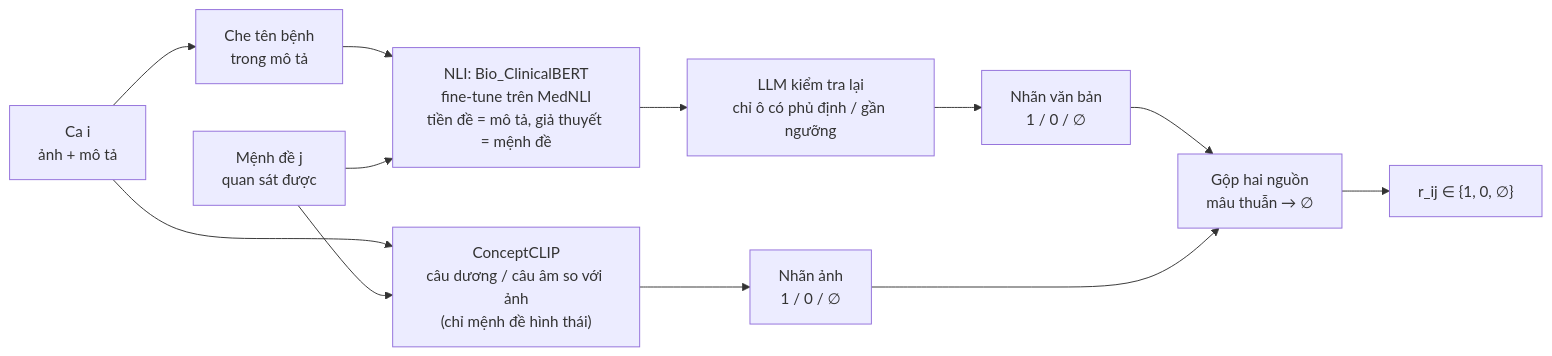
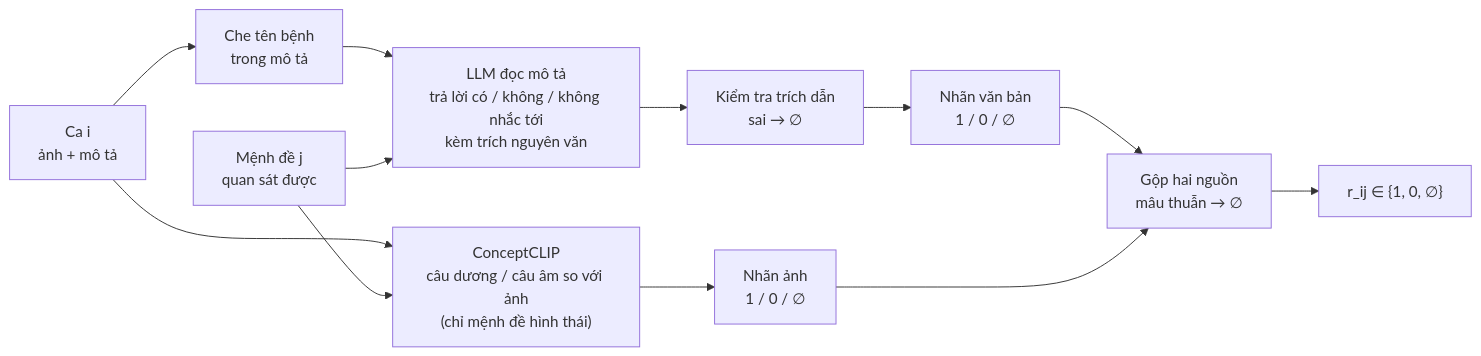
One commit to trisle0805/RAD-colab changed the second of 5 diagrams in docs_coding/CauChuyen_LuanVan_Final.md. Above: the diagram before and after it, drawn with Mermaid. The commit also changed other lines of this file and 5 other files, not shown here.

Commit message:
feat(ws): replace NLI weak labeling with resumable LLM v2 workflow

````diff
--- a/docs_coding/CauChuyen_LuanVan_Final.md
+++ b/docs_coding/CauChuyen_LuanVan_Final.md
@@ -275,21 +274,21 @@
 ```mermaid
 flowchart LR
     CASE["Ca i<br/>ảnh + mô tả"]
     PROP["Mệnh đề j<br/>quan sát được"]
     MASK["Che tên bệnh<br/>trong mô tả"]
-    NLI["NLI: Bio_ClinicalBERT<br/>fine-tune trên MedNLI<br/>tiền đề = mô tả, giả thuyết = mệnh đề"]
+    LLM["LLM đọc mô tả<br/>trả lời có / không / không nhắc tới<br/>kèm trích nguyên văn"]
+    CHK["Kiểm tra trích dẫn<br/>sai → ∅"]
     IMG["ConceptCLIP<br/>câu dương / câu âm so với ảnh<br/>(chỉ mệnh đề hình thái)"]
-    LLM["LLM kiểm tra lại<br/>chỉ ô có phủ định / gần ngưỡng"]
     TXT_L["Nhãn văn bản<br/>1 / 0 / ∅"]
     IMG_L["Nhãn ảnh<br/>1 / 0 / ∅"]
     FUSE["Gộp hai nguồn<br/>mâu thuẫn → ∅"]
     OUT["r_ij ∈ {1, 0, ∅}"]
 
-    CASE --> MASK --> NLI
-    PROP --> NLI
+    CASE --> MASK --> LLM
+    PROP --> LLM
     CASE --> IMG
     PROP --> IMG
-    NLI --> LLM --> TXT_L --> FUSE
+    LLM --> CHK --> TXT_L --> FUSE
     IMG --> IMG_L --> FUSE
     FUSE --> OUT
 ```
````
